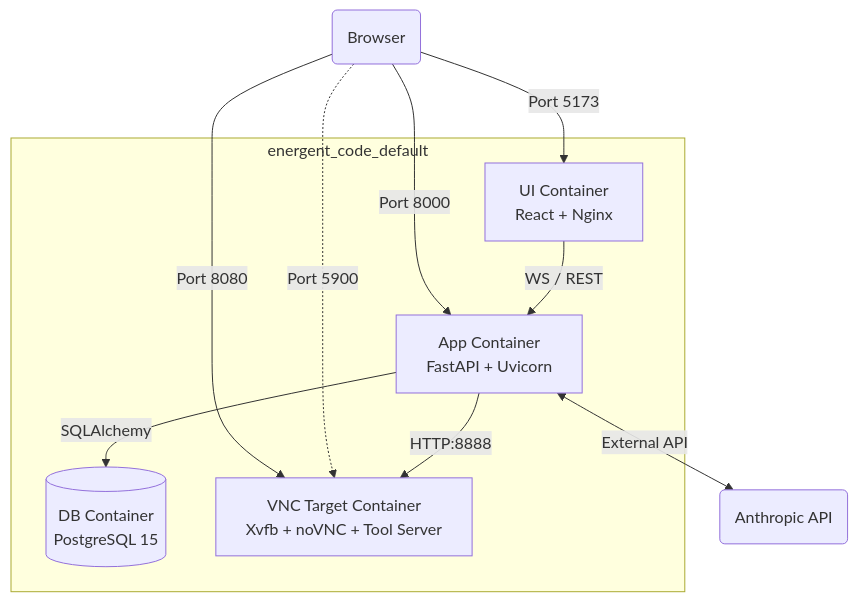
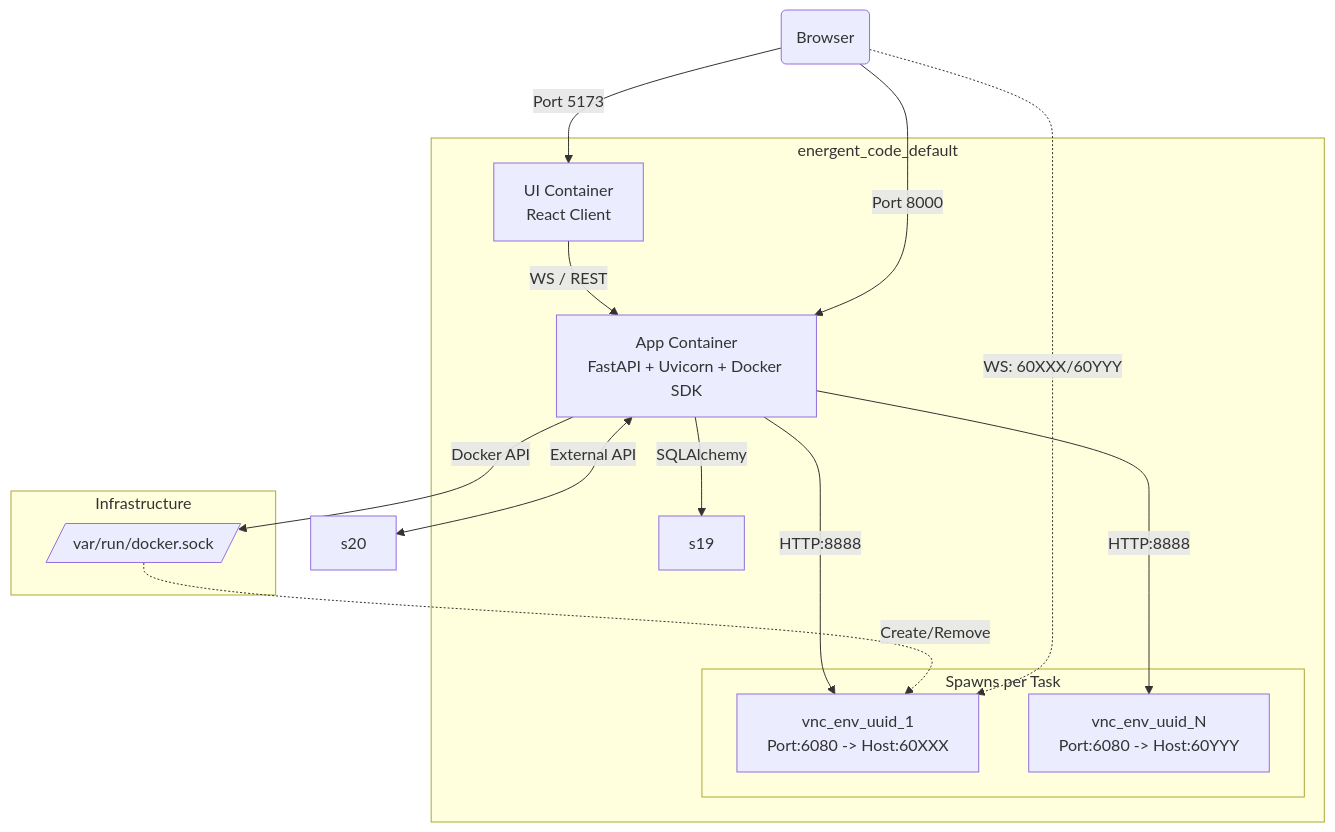
One commit to mfreyeso/computer-agents changed the second of 2 diagrams in README.md. Above: the diagram before and after it, drawn with Mermaid. The commit also changed other lines of this file and 12 other files, not shown here.

Commit message:
fixed dynamic vnc

````diff
--- a/README.md
+++ b/README.md
@@ -62,20 +64,30 @@
 ```mermaid
 graph TD
-    subgraph Docker Network [energent_code_default]
-        UI[UI Container<br/>React + Nginx]
-        APP[App Container<br/>FastAPI + Uvicorn]
-        DB[(DB Container<br/>PostgreSQL 15)]
-        VNC[VNC Target Container<br/>Xvfb + noVNC + Tool Server]
+    subgraph Infrastructure
+        DockerSock[/var/run/docker.sock/]
+    end
+
+    subgraph DockerNetwork [energent_code_default]
+        UI[UI Container<br/>React Client]
+        APP[App Container<br/>FastAPI + Uvicorn + Docker SDK]
+        DB[s19]
+        
+        subgraph DynamicProvisioning [Spawns per Task]
+            VNC1[vnc_env_uuid_1<br/>Port:6080 -> Host:60XXX]
+            VNCN[vnc_env_uuid_N<br/>Port:6080 -> Host:60YYY]
+        end
     end
 
     User(Browser) -->|Port 5173| UI
     User(Browser) -->|Port 8000| APP
-    User(Browser) -->|Port 8080| VNC
-    User(Browser) -.->|Port 5900| VNC
+    User(Browser) -.->|WS: 60XXX/60YYY| VNC1
     
     UI -->|WS / REST| APP
     APP -->|SQLAlchemy| DB
-    APP -->|HTTP:8888| VNC
+    APP -->|Docker API| DockerSock
+    DockerSock -.->|Create/Remove| VNC1
+    APP -->|HTTP:8888| VNC1
+    APP -->|HTTP:8888| VNCN
     
-    APP <-->|External API| Anthropic(Anthropic API)
+    APP <-->|External API| Anthropic[s20]
 ```
````
